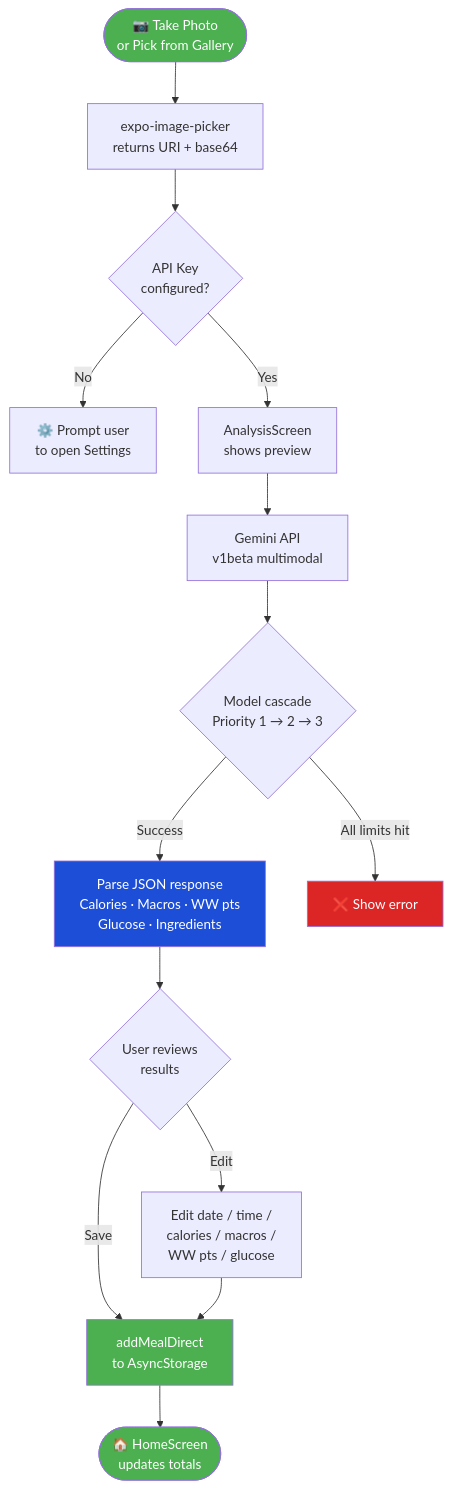
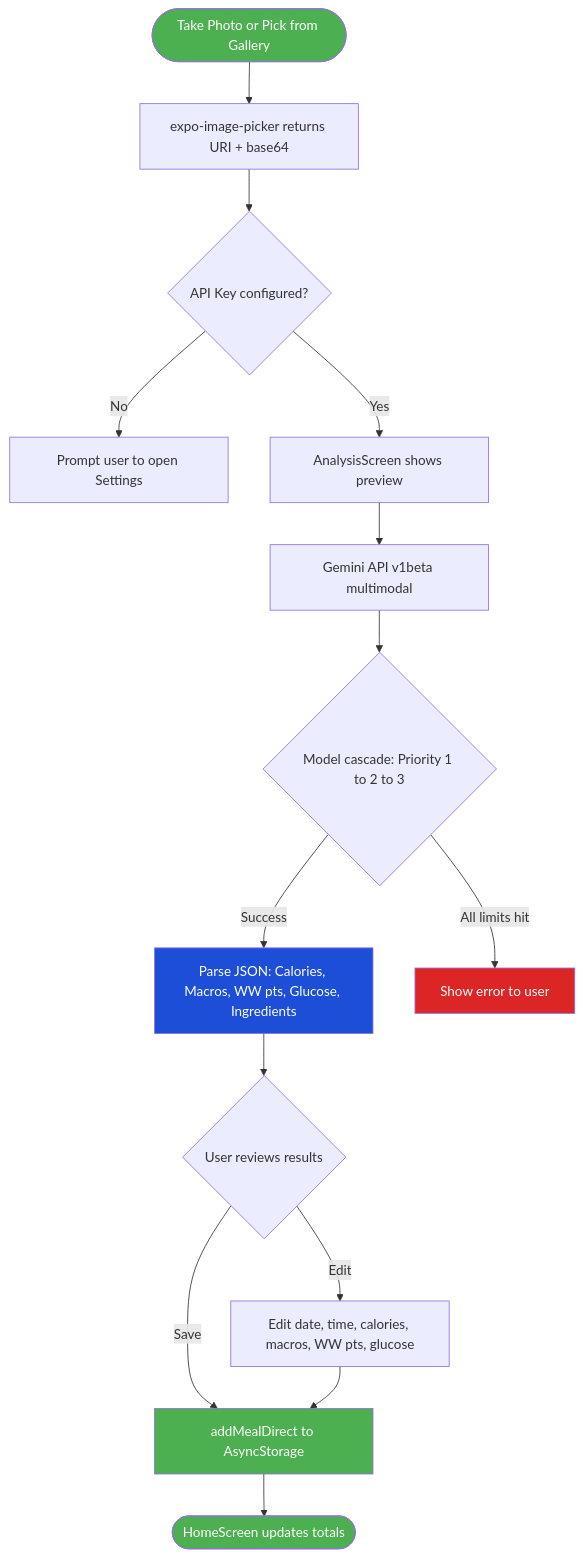
The diagram in README.md (masterq1/foodtracker-ai), drawn with Mermaid before and after one commit.

Commit message:
Fix Mermaid diagram: remove emoji from node labels (breaks GitHub renderer)

````diff
--- a/README.md
+++ b/README.md
@@ -68,22 +68,22 @@
 ```mermaid
 flowchart TD
-    A([📷 Take Photo\nor Pick from Gallery]) --> B[expo-image-picker\nreturns URI + base64]
-    B --> C{API Key\nconfigured?}
-    C -- No --> D[⚙️ Prompt user\nto open Settings]
-    C -- Yes --> E[AnalysisScreen\nshows preview]
-    E --> F[Gemini API\nv1beta multimodal]
-    F --> G{Model cascade\nPriority 1 → 2 → 3}
-    G -- Success --> H[Parse JSON response\nCalories · Macros · WW pts\nGlucose · Ingredients]
-    G -- All limits hit --> I[❌ Show error]
-    H --> J{User reviews\nresults}
-    J -- Edit --> K[Edit date / time /\ncalories / macros /\nWW pts / glucose]
-    J -- Save --> L[addMealDirect\nto AsyncStorage]
+    A([Take Photo or Pick from Gallery]) --> B[expo-image-picker returns URI + base64]
+    B --> C{API Key configured?}
+    C -- No --> D[Prompt user to open Settings]
+    C -- Yes --> E[AnalysisScreen shows preview]
+    E --> F[Gemini API v1beta multimodal]
+    F --> G{Model cascade: Priority 1 to 2 to 3}
+    G -- Success --> H[Parse JSON: Calories, Macros, WW pts, Glucose, Ingredients]
+    G -- All limits hit --> I[Show error to user]
+    H --> J{User reviews results}
+    J -- Edit --> K[Edit date, time, calories, macros, WW pts, glucose]
+    J -- Save --> L[addMealDirect to AsyncStorage]
     K --> L
-    L --> M([🏠 HomeScreen\nupdates totals])
+    L --> M([HomeScreen updates totals])
 
     style A fill:#4CAF50,color:#fff
     style H fill:#1D4ED8,color:#fff
     style L fill:#4CAF50,color:#fff
     style I fill:#DC2626,color:#fff
     style M fill:#4CAF50,color:#fff
 ```
````
